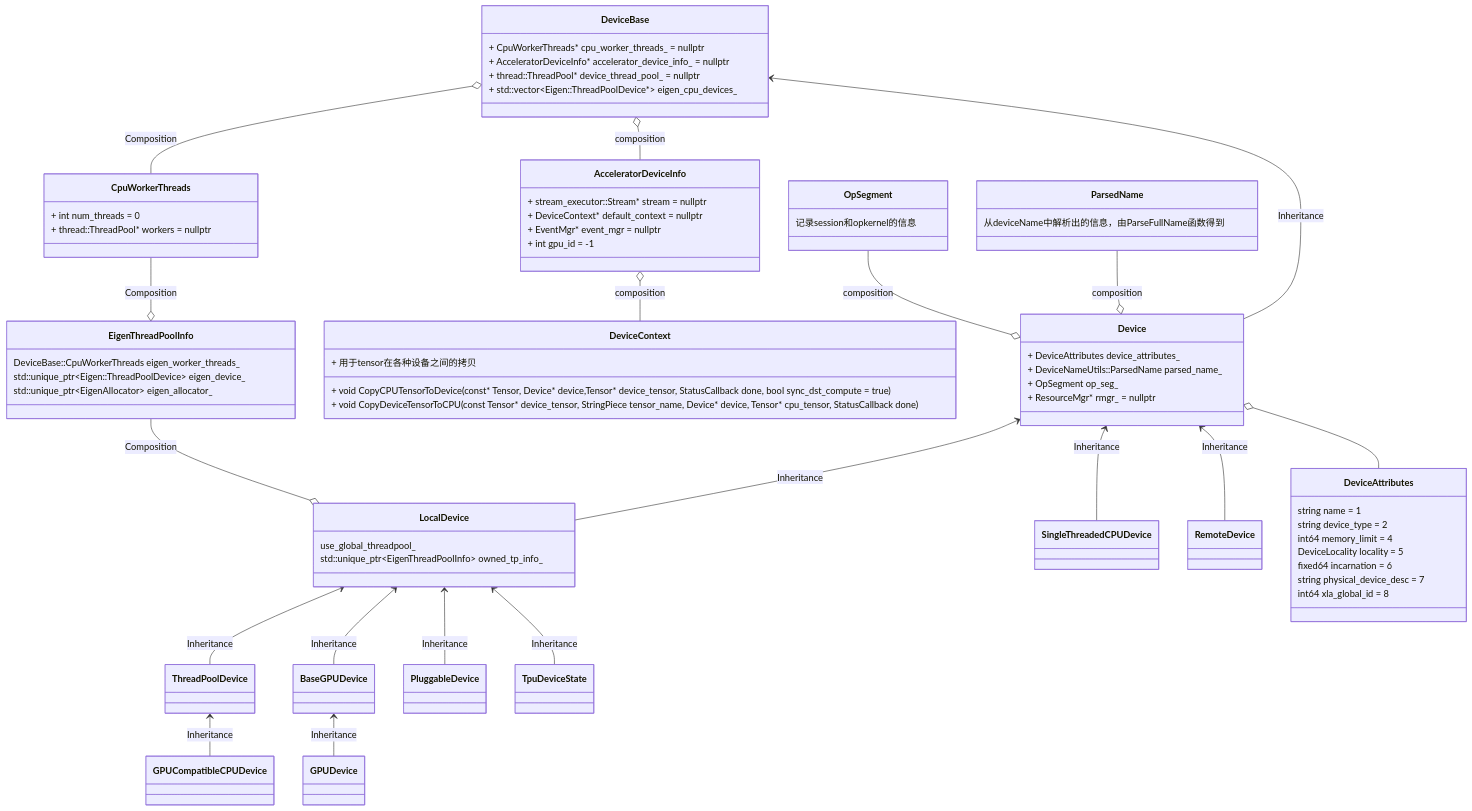
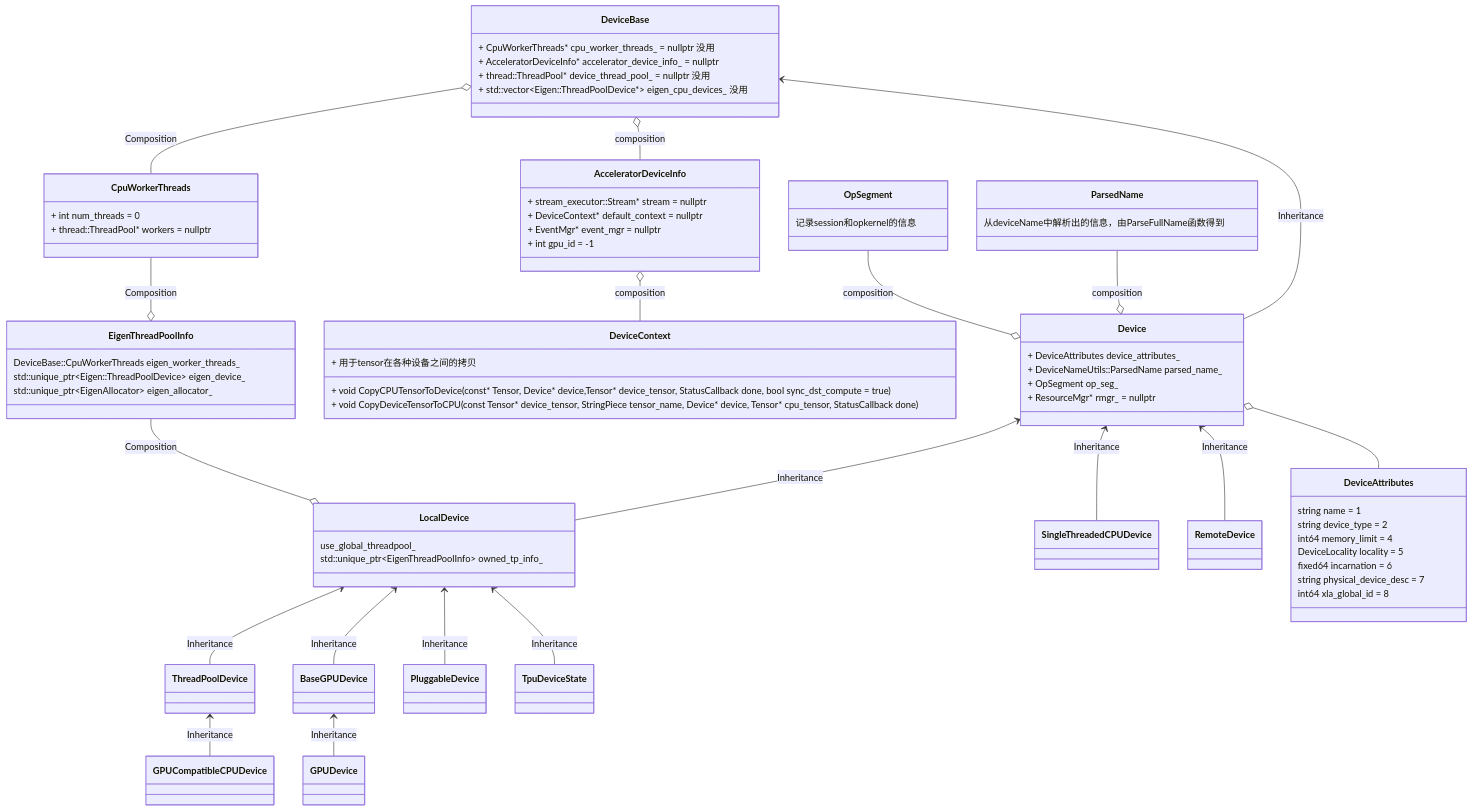
One commit to szkang1990/blog changed the second of 3 diagrams in tensorflow源码精读/tensorflow源码精读之Device.md. Above: the diagram before and after it, drawn with Mermaid. The commit also changed other lines of this file, not shown here.

Commit message:
add c++ inline log

````diff
--- a/tensorflow源码精读/tensorflow源码精读之Device.md
+++ b/tensorflow源码精读/tensorflow源码精读之Device.md
@@ -366,64 +366,64 @@
 ```mermaid
 classDiagram
   DeviceBase <--Device: Inheritance
-  DeviceBase : + CpuWorkerThreads* cpu_worker_threads_ = nullptr
+  DeviceBase : + CpuWorkerThreads* cpu_worker_threads_ = nullptr 没用
   DeviceBase : + AcceleratorDeviceInfo* accelerator_device_info_ = nullptr
-  DeviceBase : + thread&#58&#58ThreadPool* device_thread_pool_ = nullptr
-  DeviceBase : + std&#58&#58vector&#60Eigen&#58&#58ThreadPoolDevice*> eigen_cpu_devices_
+  DeviceBase : + thread&#58&#58ThreadPool* device_thread_pool_ = nullptr 没用
+  DeviceBase : + std&#58&#58vector&#60Eigen&#58&#58ThreadPoolDevice*>  eigen_cpu_devices_  没用
   DeviceBase o-- AcceleratorDeviceInfo: composition
   AcceleratorDeviceInfo:+  stream_executor&#58&#58Stream* stream = nullptr
   AcceleratorDeviceInfo:+  DeviceContext* default_context = nullptr
   AcceleratorDeviceInfo:+  EventMgr* event_mgr = nullptr
   AcceleratorDeviceInfo:+  int gpu_id = -1
   AcceleratorDeviceInfo o-- DeviceContext: composition
   DeviceContext:+ void CopyCPUTensorToDevice(const* Tensor, Device* device,Tensor* device_tensor, StatusCallback done, bool sync_dst_compute = true)
   DeviceContext:+ void CopyDeviceTensorToCPU(const Tensor* device_tensor, StringPiece tensor_name, Device* device, Tensor* cpu_tensor, StatusCallback done)
   DeviceContext:+ 用于tensor在各种设备之间的拷贝
   DeviceBase  o-- CpuWorkerThreads: Composition
   CpuWorkerThreads : + int num_threads = 0
   CpuWorkerThreads : + thread&#58&#58ThreadPool* workers = nullptr
 
   Device : + DeviceAttributes device_attributes_
   Device : + DeviceNameUtils&#58&#58ParsedName parsed_name_
   Device : + OpSegment op_seg_
   Device : + ResourceMgr* rmgr_ = nullptr
 
 
 
   ParsedName --o Device :composition
   ParsedName : 从deviceName中解析出的信息，由ParseFullName函数得到
 
   OpSegment --o Device: composition
   OpSegment: 记录session和opkernel的信息
 
 
   Device <--LocalDevice : Inheritance
   Device <--SingleThreadedCPUDevice : Inheritance
   
   LocalDevice <--ThreadPoolDevice : Inheritance
   LocalDevice <--BaseGPUDevice : Inheritance
   LocalDevice <--PluggableDevice : Inheritance
   LocalDevice <--TpuDeviceState : Inheritance
   BaseGPUDevice <--GPUDevice : Inheritance
   ThreadPoolDevice <--GPUCompatibleCPUDevice : Inheritance
 
 
   LocalDevice : use_global_threadpool_
   LocalDevice : std&#58&#58unique_ptr&#60EigenThreadPoolInfo> owned_tp_info_
   Device <--RemoteDevice : Inheritance
   Device o-- DeviceAttributes
   DeviceAttributes : string name = 1
   DeviceAttributes : string device_type = 2
   DeviceAttributes : int64 memory_limit = 4
   DeviceAttributes : DeviceLocality locality = 5
   DeviceAttributes : fixed64 incarnation = 6
   DeviceAttributes : string physical_device_desc = 7
   DeviceAttributes : int64 xla_global_id = 8
 
   EigenThreadPoolInfo --o LocalDevice: Composition
 
   CpuWorkerThreads --o EigenThreadPoolInfo   : Composition
   EigenThreadPoolInfo : DeviceBase&#58&#58CpuWorkerThreads eigen_worker_threads_
   EigenThreadPoolInfo : std&#58&#58unique_ptr&#60Eigen&#58&#58ThreadPoolDevice> eigen_device_
   EigenThreadPoolInfo : std&#58&#58unique_ptr&#60EigenAllocator> eigen_allocator_
 ```
````
